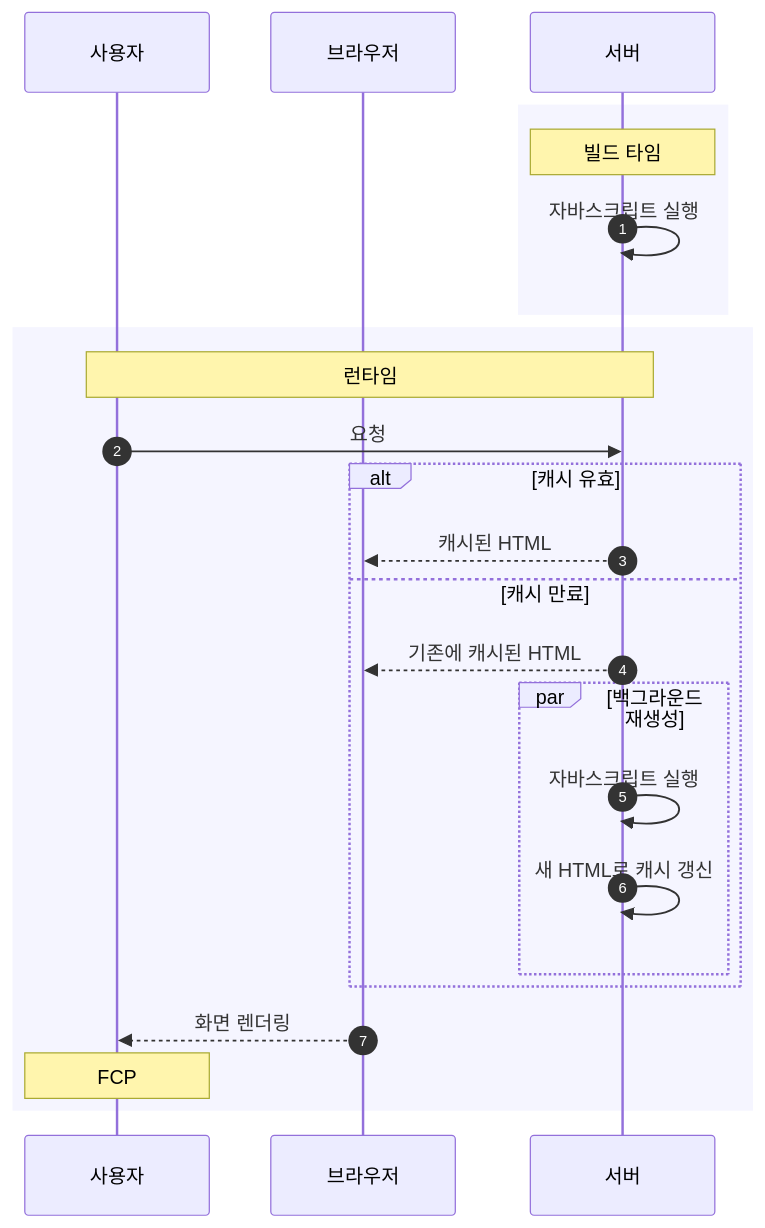
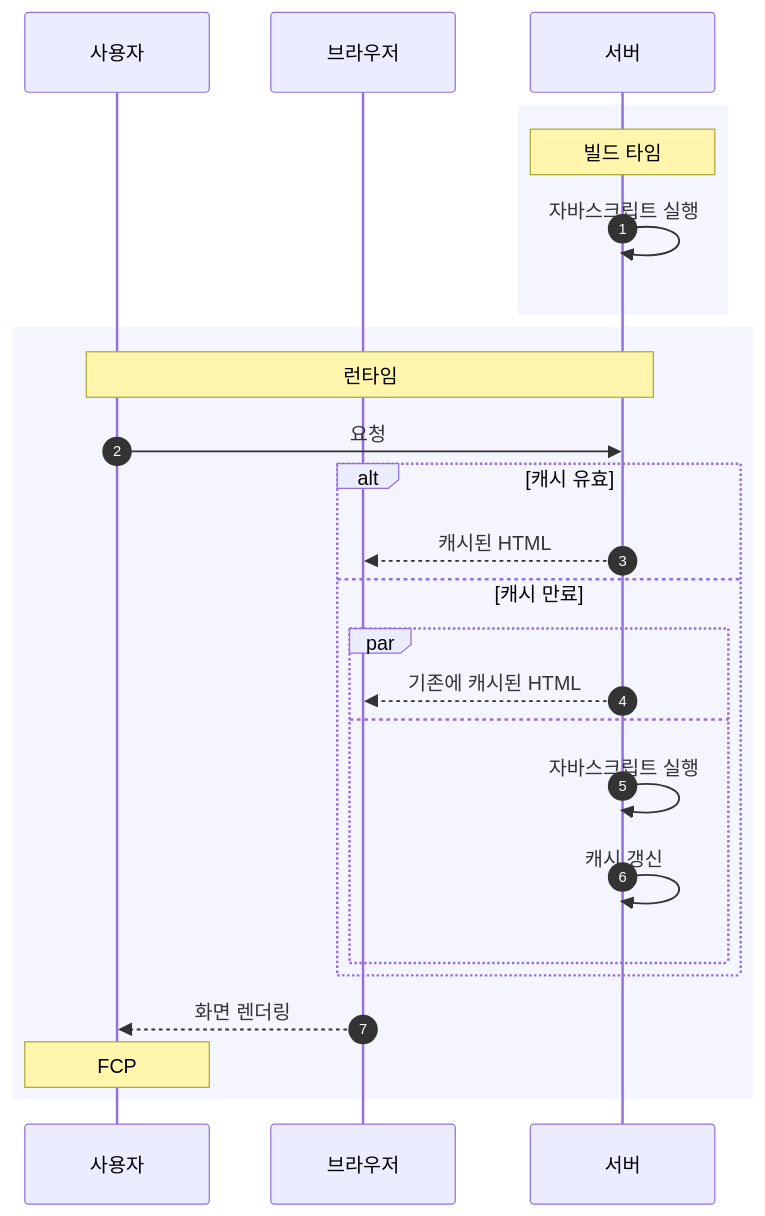
One commit to parksb/pedia changed the third of 3 diagrams in docs/nextjs.md. Above: the diagram before and after it, drawn with Mermaid. The commit also changed 4 other files, not shown here.

````diff
--- a/docs/nextjs.md
+++ b/docs/nextjs.md
@@ -97,29 +97,29 @@
 ```mermaid
 sequenceDiagram
     autonumber
     participant User as 사용자
     participant Browser as 브라우저
     participant Server as 서버
 
     rect rgb(245, 245, 255)
         Note over Server: 빌드 타임
         Server->>Server: 자바스크립트 실행
     end
 
     rect rgb(245, 245, 255)
         Note over User, Server: 런타임
         User->>Server: 요청
         alt 캐시 유효
             Server-->>Browser: 캐시된 HTML
         else 캐시 만료
-            Server-->>Browser: 기존에 캐시된 HTML
-
-            par 백그라운드 재생성
+            par
+                Server-->>Browser: 기존에 캐시된 HTML
+            and
                 Server->>Server: 자바스크립트 실행
-                Server->>Server: 새 HTML로 캐시 갱신
+                Server->>Server: 캐시 갱신
             end
         end
         Browser-->>User: 화면 렌더링
         Note over User: FCP
     end
 ```
````
